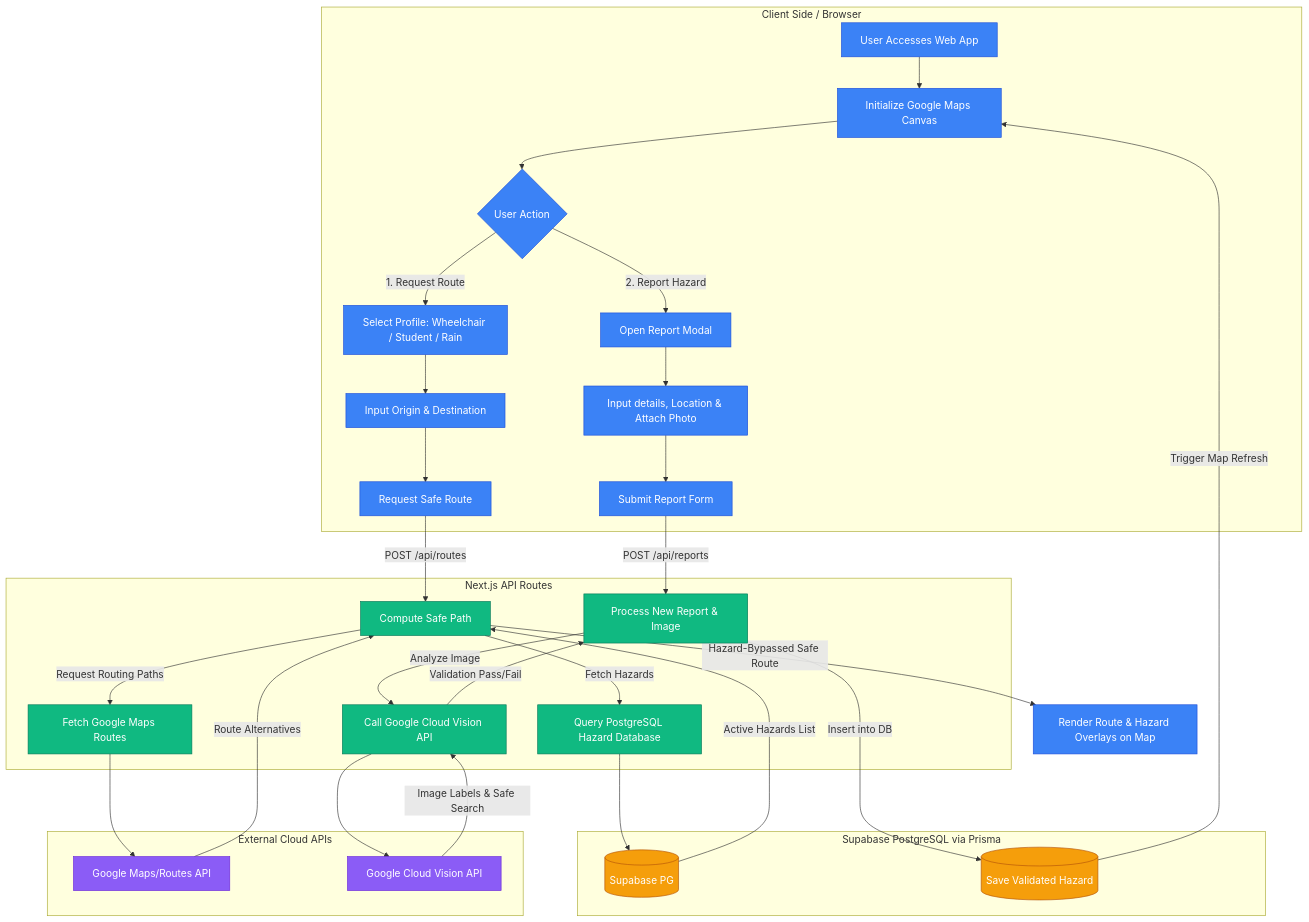
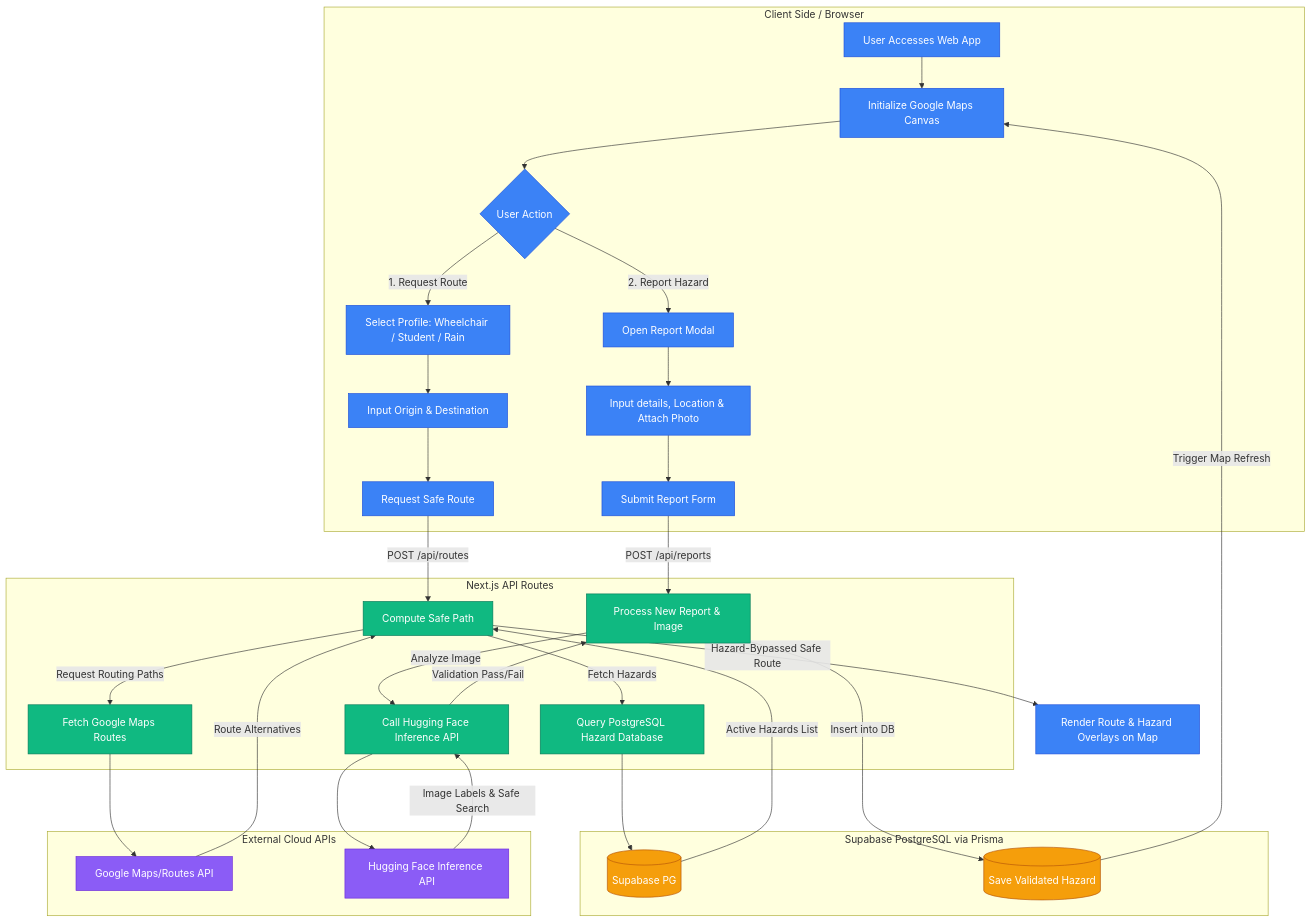
The second of 2 diagrams in Architecture.md (JJ-l4lbs/Ligtas-Larga), drawn with Mermaid before and after one commit. The commit also changed other lines of this file and 7 other files, not shown here.

Commit message:
Refactor image verification API from Google Cloud Vision to Hugging Face Inference API

````diff
--- a/Architecture.md
+++ b/Architecture.md
@@ -35,58 +35,58 @@
 ```mermaid
 graph TD
     classDef client fill:#3b82f6,stroke:#1d4ed8,color:#fff;
     classDef api fill:#10b981,stroke:#047857,color:#fff;
     classDef db fill:#f59e0b,stroke:#b45309,color:#fff;
     classDef external fill:#8b5cf6,stroke:#6d28d9,color:#fff;
 
     subgraph Client [Client Side / Browser]
         A[User Accesses Web App] --> B[Initialize Google Maps Canvas]
         B --> C{User Action}
         
         %% Routing Flow
         C -->|1. Request Route| D[Select Profile: Wheelchair / Student / Rain]
         D --> E[Input Origin & Destination]
         E --> F[Request Safe Route]
         
         %% Reporting Flow
         C -->|2. Report Hazard| G[Open Report Modal]
         G --> H[Input details, Location & Attach Photo]
         H --> I[Submit Report Form]
     end
 
     subgraph Next_Backend [Next.js API Routes]
         %% Route calculation api
         F -->|POST /api/routes| J[Compute Safe Path]
         J -->|Fetch Hazards| K[Query PostgreSQL Hazard Database]
         J -->|Request Routing Paths| L[Fetch Google Maps Routes]
         
         %% Hazard verification api
         I -->|POST /api/reports| M[Process New Report & Image]
-        M -->|Analyze Image| N[Call Google Cloud Vision API]
+        M -->|Analyze Image| N[Call Hugging Face Inference API]
     end
 
     subgraph Database [Supabase PostgreSQL via Prisma]
         K --> O[(Supabase PG)]
         P[(Save Validated Hazard)]
     end
 
     subgraph External_Services [External Cloud APIs]
         L --> Q[Google Maps/Routes API]
-        N --> R[Google Cloud Vision API]
+        N --> R[Hugging Face Inference API]
     end
 
     %% Flow returns
     Q -->|Route Alternatives| J
     O -->|Active Hazards List| J
     J -->|Hazard-Bypassed Safe Route| S[Render Route & Hazard Overlays on Map]
     
     R -->|Image Labels & Safe Search| N
     N -->|Validation Pass/Fail| M
     M -->|Insert into DB| P
     P -->|Trigger Map Refresh| B
     
     class A,B,C,D,E,F,G,H,I,S client;
     class J,K,L,M,N api;
     class O,P db;
     class Q,R external;
 ```
````
